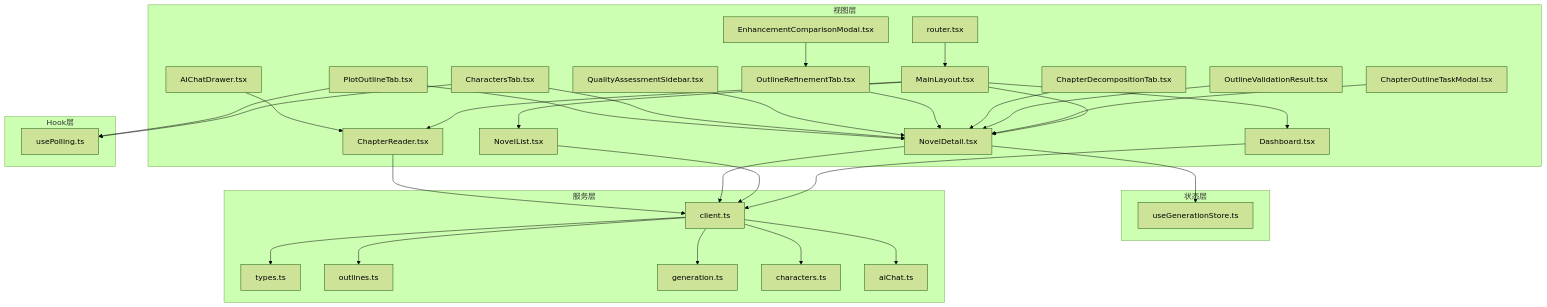
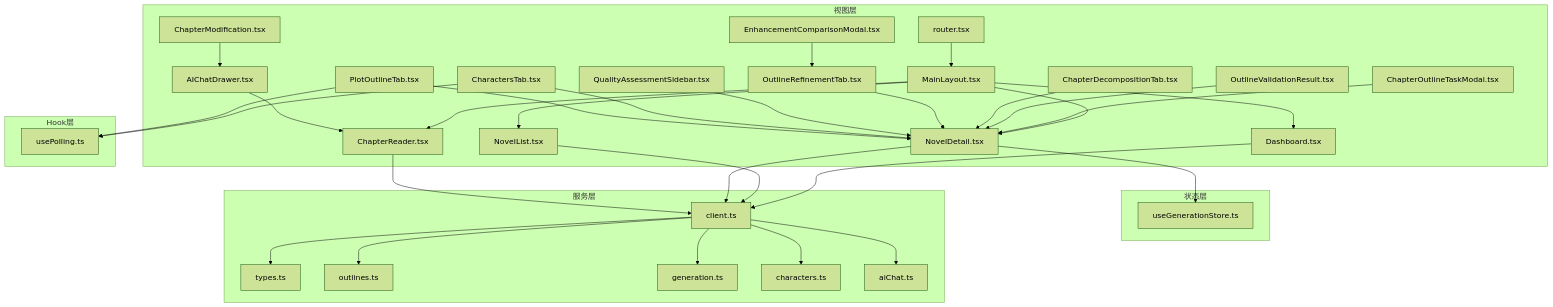
The second of 8 diagrams in .qoder/repowiki/zh/content/前端架构/前端架构.md (xfbyxq/ai-novel-system), drawn with Mermaid (forest theme) before and after one commit. The commit also changed other lines of this file and 6 other files, not shown here.

````diff
--- a/.qoder/repowiki/zh/content/前端架构/前端架构.md
+++ b/.qoder/repowiki/zh/content/前端架构/前端架构.md
@@ -199,60 +204,62 @@
 ```mermaid
 graph TB
 subgraph "视图层"
 R["router.tsx"]
 L["MainLayout.tsx"]
 P1["Dashboard.tsx"]
 P2["NovelList.tsx"]
 P3["NovelDetail.tsx"]
 P4["ChapterReader.tsx"]
 C1["ChapterOutlineTaskModal.tsx"]
 C2["OutlineValidationResult.tsx"]
 C3["ChapterDecompositionTab.tsx"]
 C4["OutlineRefinementTab.tsx"]
 C5["EnhancementComparisonModal.tsx"]
 C6["QualityAssessmentSidebar.tsx"]
 X["CharactersTab.tsx"]
 Y["PlotOutlineTab.tsx"]
 CC["AIChatDrawer.tsx"]
+EE["ChapterModification.tsx"]
 end
 subgraph "状态层"
 Z["useGenerationStore.ts"]
 end
 subgraph "服务层"
 C["client.ts"]
 T["types.ts"]
 O["outlines.ts"]
 G["generation.ts"]
 CH["characters.ts"]
 AC["aiChat.ts"]
 end
 subgraph "Hook层"
 UP["usePolling.ts"]
 end
 R --> L
 L --> P1
 L --> P2
 L --> P3
 L --> P4
 P3 --> Z
 P1 --> C
 P2 --> C
 P3 --> C
 P4 --> C
 C --> T
 C --> O
 C --> G
 C --> CH
 C --> AC
 C1 --> P3
 C2 --> P3
 C3 --> P3
 C4 --> P3
 C5 --> C4
 C6 --> P3
 X --> P3
 Y --> P3
 X --> UP
 Y --> UP
 CC --> P4
+EE --> CC
 ```
````
